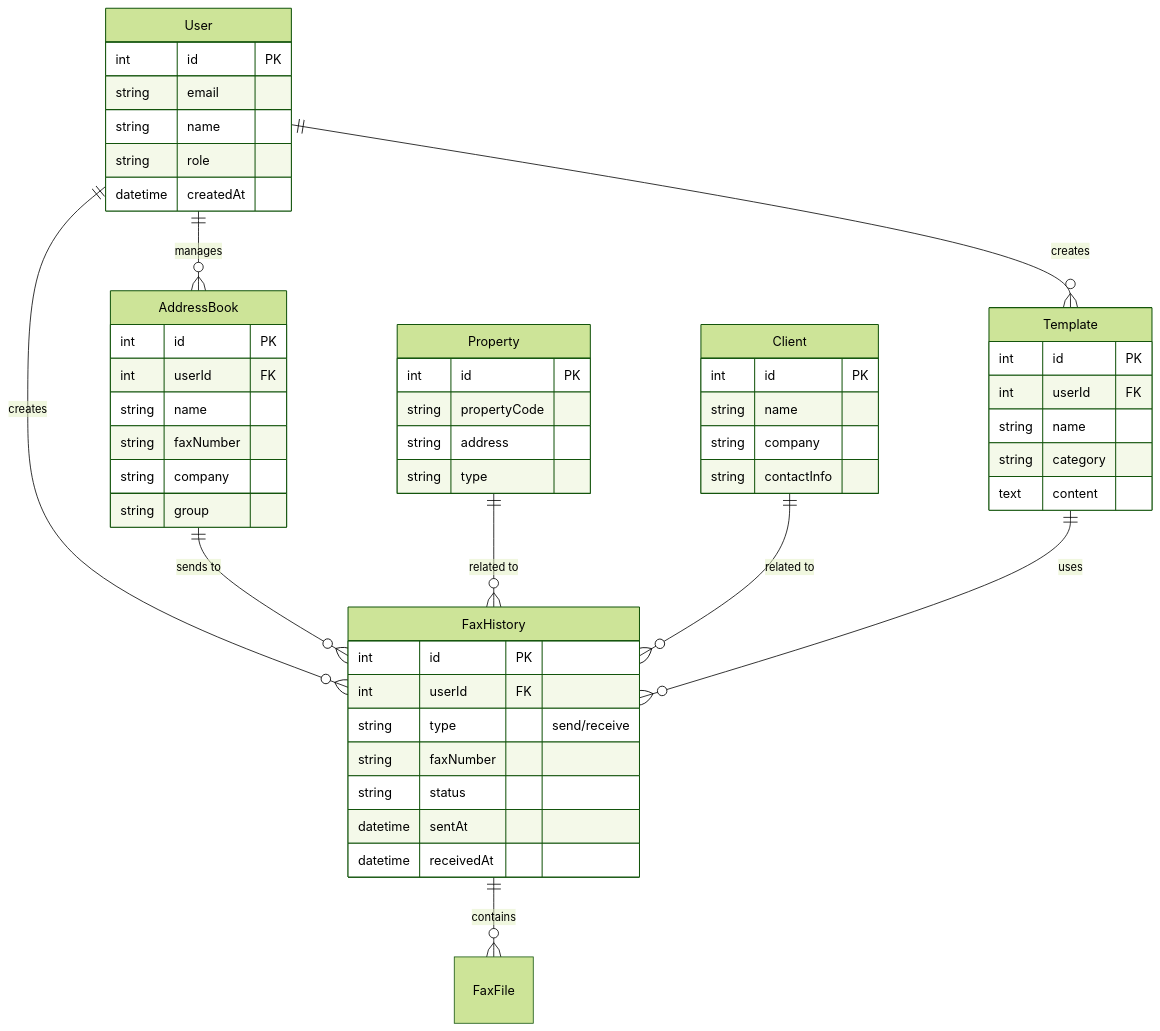
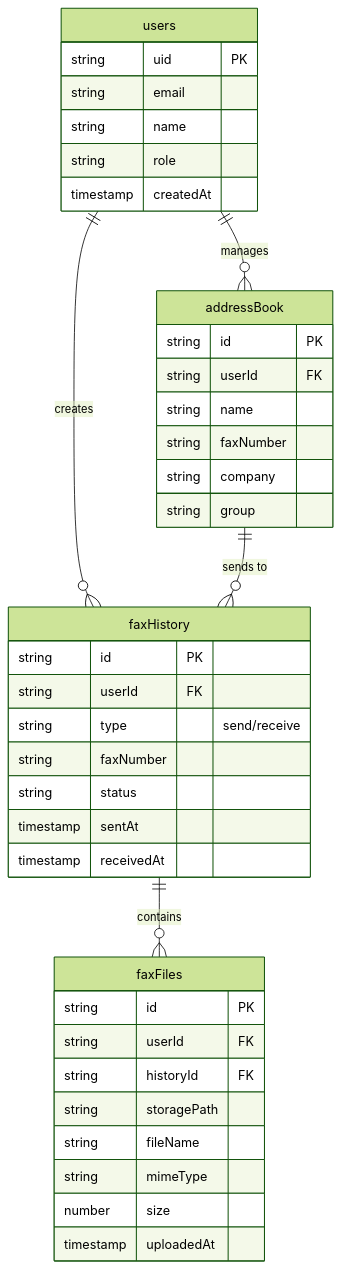
The second of 2 diagrams in 不動産業界向けインターネットfax仕様書作成_d80a13a7.plan.md (informationdentee-spec/dentee-eeFax), drawn with Mermaid (forest theme) before and after one commit. The commit also changed other lines of this file and 1 other file, not shown here.

Commit message:
Revise implementation plans to use Firebase-based lightweight architecture

````diff
--- a/不動産業界向けインターネットfax仕様書作成_d80a13a7.plan.md
+++ b/不動産業界向けインターネットfax仕様書作成_d80a13a7.plan.md
@@ -269,60 +218,45 @@
 ```mermaid
 erDiagram
-    User ||--o{ FaxHistory : creates
-    User ||--o{ AddressBook : manages
-    User ||--o{ Template : creates
-    FaxHistory ||--o{ FaxFile : contains
-    AddressBook ||--o{ FaxHistory : "sends to"
-    Property ||--o{ FaxHistory : "related to"
-    Client ||--o{ FaxHistory : "related to"
-    Template ||--o{ FaxHistory : uses
+    users ||--o{ faxHistory : creates
+    users ||--o{ addressBook : manages
+    faxHistory ||--o{ faxFiles : contains
+    addressBook ||--o{ faxHistory : "sends to"
     
-    User {
-        int id PK
+    users {
+        string uid PK
         string email
         string name
         string role
-        datetime createdAt
+        timestamp createdAt
     }
     
-    FaxHistory {
-        int id PK
-        int userId FK
+    faxHistory {
+        string id PK
+        string userId FK
         string type "send/receive"
         string faxNumber
         string status
-        datetime sentAt
-        datetime receivedAt
+        timestamp sentAt
+        timestamp receivedAt
     }
     
-    AddressBook {
-        int id PK
-        int userId FK
+    addressBook {
+        string id PK
+        string userId FK
         string name
         string faxNumber
         string company
         string group
     }
     
-    Template {
-        int id PK
-        int userId FK
-        string name
-        string category
-        text content
-    }
-    
-    Property {
-        int id PK
-        string propertyCode
-        string address
-        string type
-    }
-    
-    Client {
-        int id PK
-        string name
-        string company
-        string contactInfo
+    faxFiles {
+        string id PK
+        string userId FK
+        string historyId FK
+        string storagePath
+        string fileName
+        string mimeType
+        number size
+        timestamp uploadedAt
     }
 ```
````
